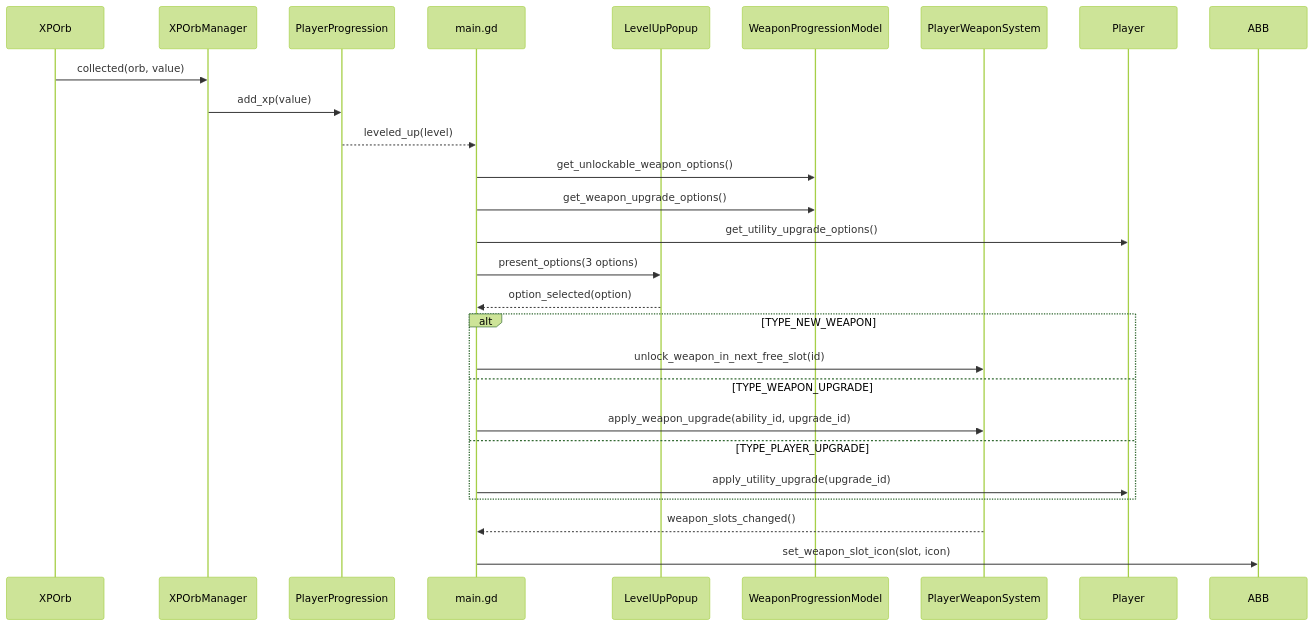
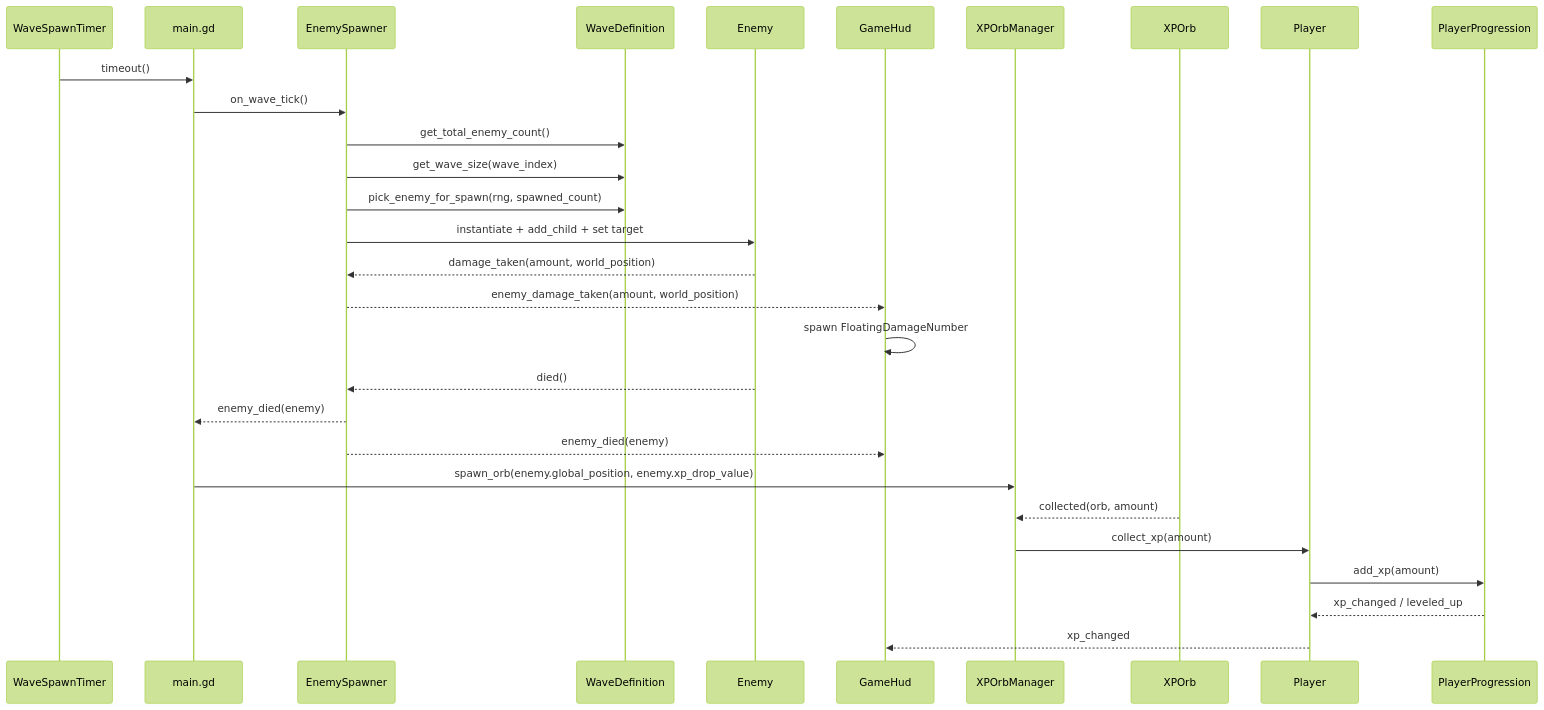
The third of 5 diagrams in ARCHITECTURE.md (mp1707/godot-survivors-game), drawn with Mermaid (forest theme) before and after one commit. The commit also changed other lines of this file and 5 other files, not shown here.

Commit message:
refactor: update architecture documentation, fix enemy spawning logic, and standardize level-up option parameter naming.

````diff
--- a/ARCHITECTURE.md
+++ b/ARCHITECTURE.md
@@ -142,31 +155,35 @@
 ```mermaid
 sequenceDiagram
+    participant T as WaveSpawnTimer
+    participant MAIN as main.gd
+    participant ES as EnemySpawner
+    participant WD as WaveDefinition
+    participant E as Enemy
+    participant HUD as GameHud
+    participant XOM as XPOrbManager
     participant XO as XPOrb
-    participant XOM as XPOrbManager
-    participant PL as PlayerProgression
-    participant MAIN as main.gd
-    participant LUP as LevelUpPopup
-    participant WPM as WeaponProgressionModel
-    participant PWS as PlayerWeaponSystem
     participant P as Player
+    participant PP as PlayerProgression
 
-    XO->>XOM: collected(orb, value)
-    XOM->>PL: add_xp(value)
-    PL-->>MAIN: leveled_up(level)
-    MAIN->>WPM: get_unlockable_weapon_options()
-    MAIN->>WPM: get_weapon_upgrade_options()
-    MAIN->>P: get_utility_upgrade_options()
-    MAIN->>LUP: present_options(3 options)
-    LUP-->>MAIN: option_selected(option)
+    T->>MAIN: timeout()
+    MAIN->>ES: on_wave_tick()
+    ES->>WD: get_total_enemy_count()
+    ES->>WD: get_wave_size(wave_index)
+    ES->>WD: pick_enemy_for_spawn(rng, spawned_count)
+    ES->>E: instantiate + add_child + set target
 
-    alt TYPE_NEW_WEAPON
-        MAIN->>PWS: unlock_weapon_in_next_free_slot(id)
-    else TYPE_WEAPON_UPGRADE
-        MAIN->>PWS: apply_weapon_upgrade(ability_id, upgrade_id)
-    else TYPE_PLAYER_UPGRADE
-        MAIN->>P: apply_utility_upgrade(upgrade_id)
-    end
+    E-->>ES: damage_taken(amount, world_position)
+    ES-->>HUD: enemy_damage_taken(amount, world_position)
+    HUD->>HUD: spawn FloatingDamageNumber
 
-    PWS-->>MAIN: weapon_slots_changed()
-    MAIN->>ABB: set_weapon_slot_icon(slot, icon)
+    E-->>ES: died()
+    ES-->>MAIN: enemy_died(enemy)
+    ES-->>HUD: enemy_died(enemy)
+    MAIN->>XOM: spawn_orb(enemy.global_position, enemy.xp_drop_value)
+
+    XO-->>XOM: collected(orb, amount)
+    XOM->>P: collect_xp(amount)
+    P->>PP: add_xp(amount)
+    PP-->>P: xp_changed / leveled_up
+    P-->>HUD: xp_changed
 ```
````
